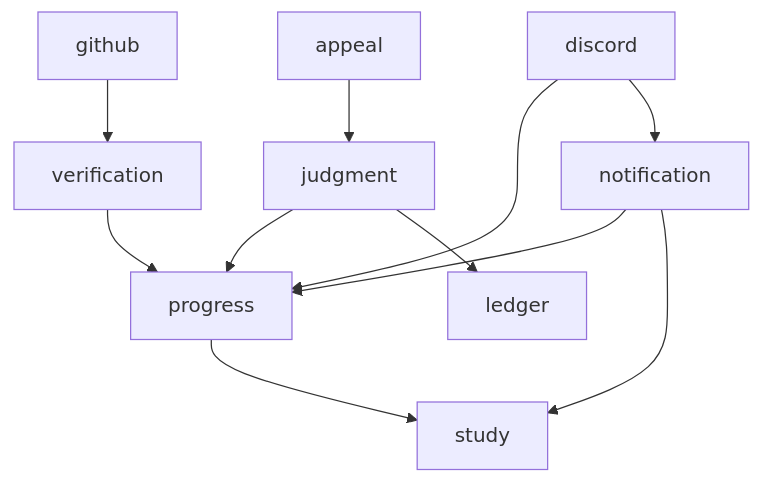
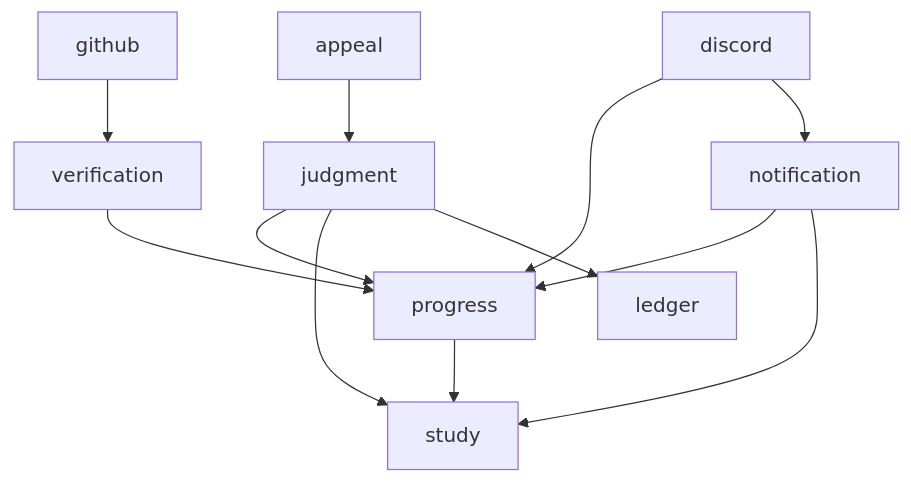
The second of 2 diagrams in docs/spec/architecture.md (Duskafka/codingtest-harness), drawn with Mermaid before and after one commit. The commit also changed other lines of this file and 6 other files, not shown here.

First line of the commit message:
docs(decisions): judgment → study 화살표, 결정 제안서 006 확정(규칙 변경·기수 시작 처리까지)

````diff
--- a/docs/spec/architecture.md
+++ b/docs/spec/architecture.md
@@ -72,13 +72,14 @@
 ```mermaid
 flowchart TD
     github --> verification
     verification --> progress
     progress --> study
     judgment --> progress
+    judgment --> study
     judgment --> ledger
     appeal --> judgment
     notification --> progress
     notification --> study
     discord --> progress
     discord --> notification
 ```
````
